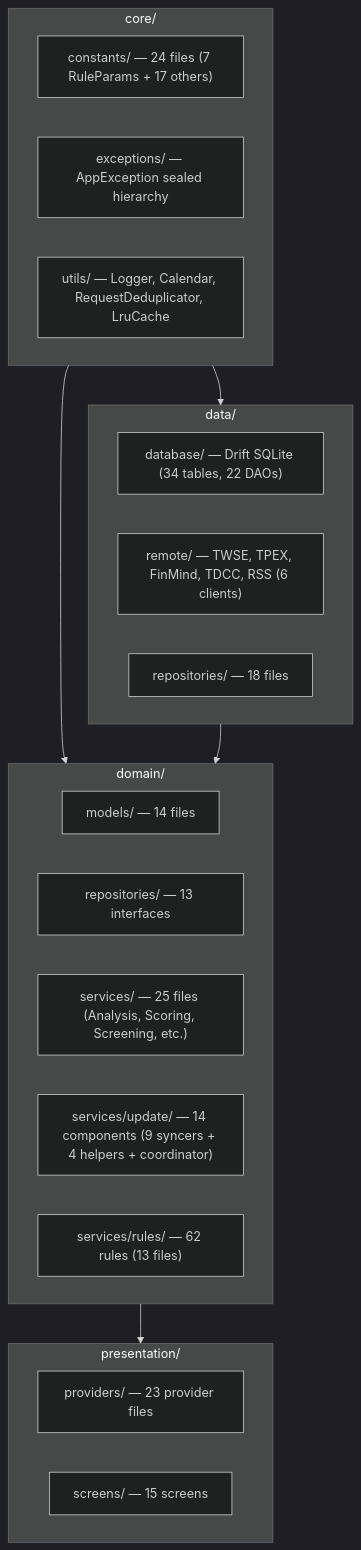
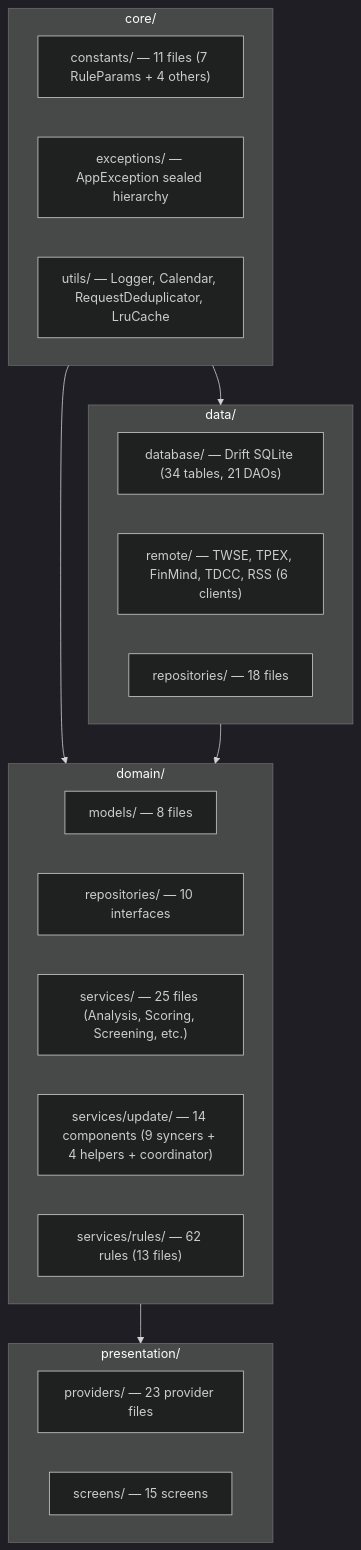
The second of 4 diagrams in CLAUDE.md (Neal75418/afterclose), drawn with Mermaid before and after one commit. The commit also changed other lines of this file and 4 other files, not shown here.

````diff
--- a/CLAUDE.md
+++ b/CLAUDE.md
@@ -55,33 +55,33 @@
 ```mermaid
 %%{init: {'theme': 'dark'}}%%
 flowchart TB
     subgraph Core["core/"]
-        Constants["constants/ — 24 files (7 RuleParams + 17 others)"]
+        Constants["constants/ — 11 files (7 RuleParams + 4 others)"]
         Exceptions["exceptions/ — AppException sealed hierarchy"]
         Utils["utils/ — Logger, Calendar, RequestDeduplicator, LruCache"]
     end
 
     subgraph Data["data/"]
-        Database["database/ — Drift SQLite (34 tables, 22 DAOs)"]
+        Database["database/ — Drift SQLite (34 tables, 21 DAOs)"]
         Remote["remote/ — TWSE, TPEX, FinMind, TDCC, RSS (6 clients)"]
         Repos["repositories/ — 18 files"]
     end
 
     subgraph Domain["domain/"]
-        Models["models/ — 14 files"]
-        RepoIF["repositories/ — 13 interfaces"]
+        Models["models/ — 8 files"]
+        RepoIF["repositories/ — 10 interfaces"]
         Services["services/ — 25 files (Analysis, Scoring, Screening, etc.)"]
         Update["services/update/ — 14 components (9 syncers + 4 helpers + coordinator)"]
         Rules["services/rules/ — 62 rules (13 files)"]
     end
 
     subgraph Presentation["presentation/"]
         Providers["providers/ — 23 provider files"]
         Screens["screens/ — 15 screens"]
     end
 
     Core --> Data
     Core --> Domain
     Data --> Domain
     Domain --> Presentation
 ```
````
